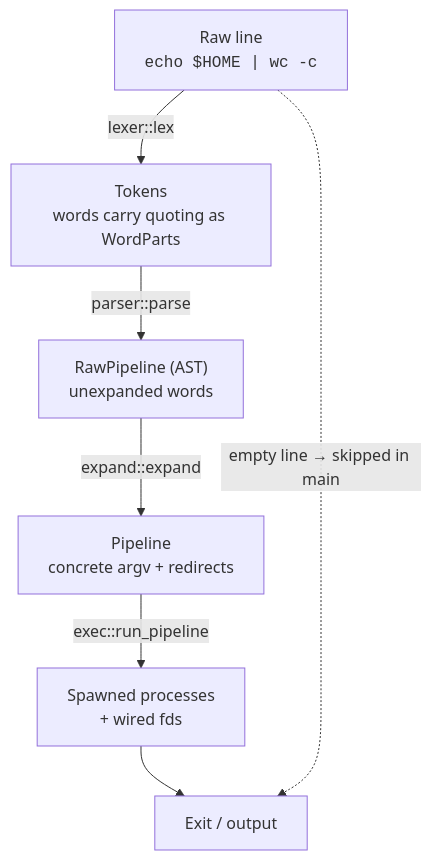
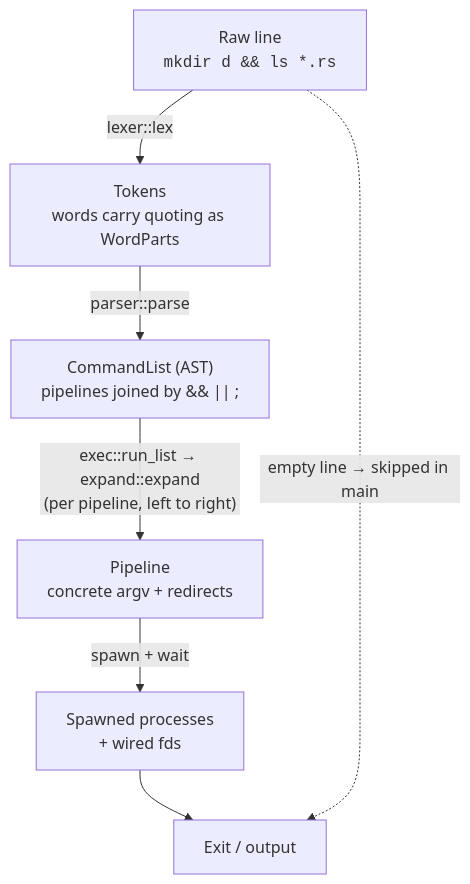
One commit to baileyrd/rush changed the second of 6 diagrams in docs/ARCHITECTURE.md. Above: the diagram before and after it, drawn with Mermaid. The commit also changed other lines of this file and 6 other files, not shown here.

````diff
--- a/docs/ARCHITECTURE.md
+++ b/docs/ARCHITECTURE.md
@@ -62,17 +62,17 @@
 ```mermaid
 flowchart TD
-    A["Raw line<br/><code>echo $HOME | wc -c</code>"]
+    A["Raw line<br/><code>mkdir d && ls *.rs</code>"]
     B["Tokens<br/>words carry quoting as WordParts"]
-    C["RawPipeline (AST)<br/>unexpanded words"]
+    C["CommandList (AST)<br/>pipelines joined by &amp;&amp; || ;"]
     F["Pipeline<br/>concrete argv + redirects"]
     D["Spawned processes<br/>+ wired fds"]
     E["Exit / output"]
 
     A -->|"lexer::lex"| B
     B -->|"parser::parse"| C
-    C -->|"expand::expand"| F
-    F -->|"exec::run_pipeline"| D
+    C -->|"exec::run_list → expand::expand<br/>(per pipeline, left to right)"| F
+    F -->|"spawn + wait"| D
     D --> E
 
     A -.->|"empty line → skipped in main"| E
 ```
````
